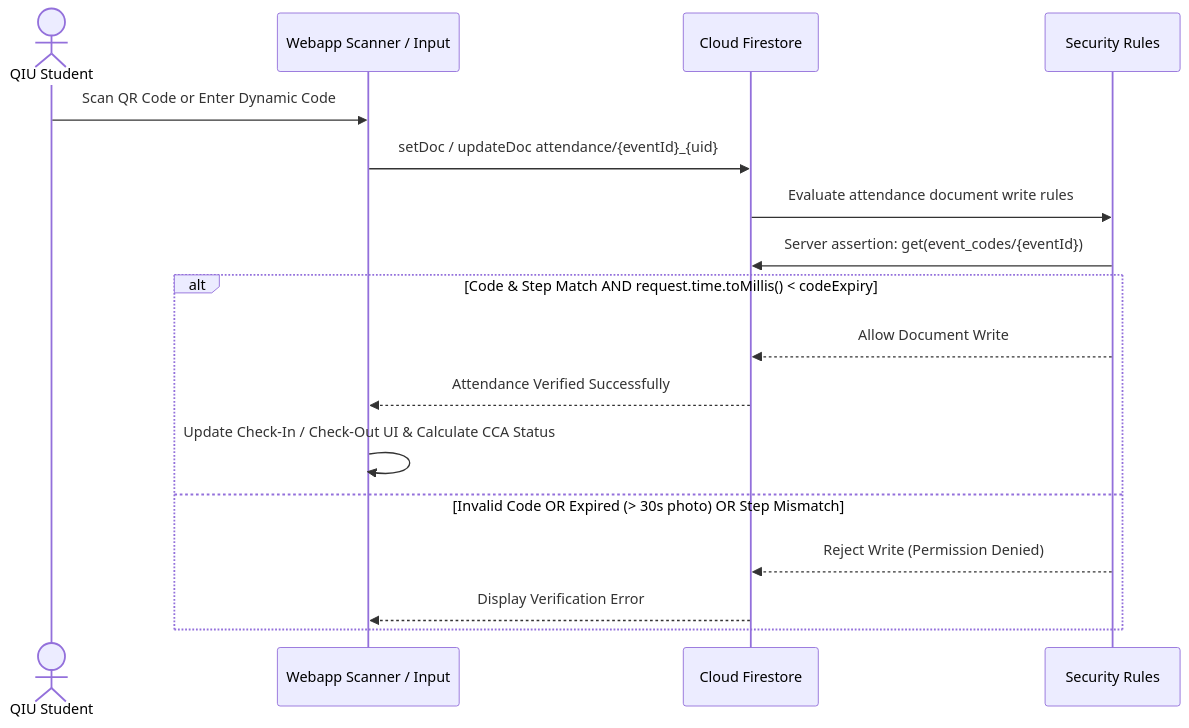
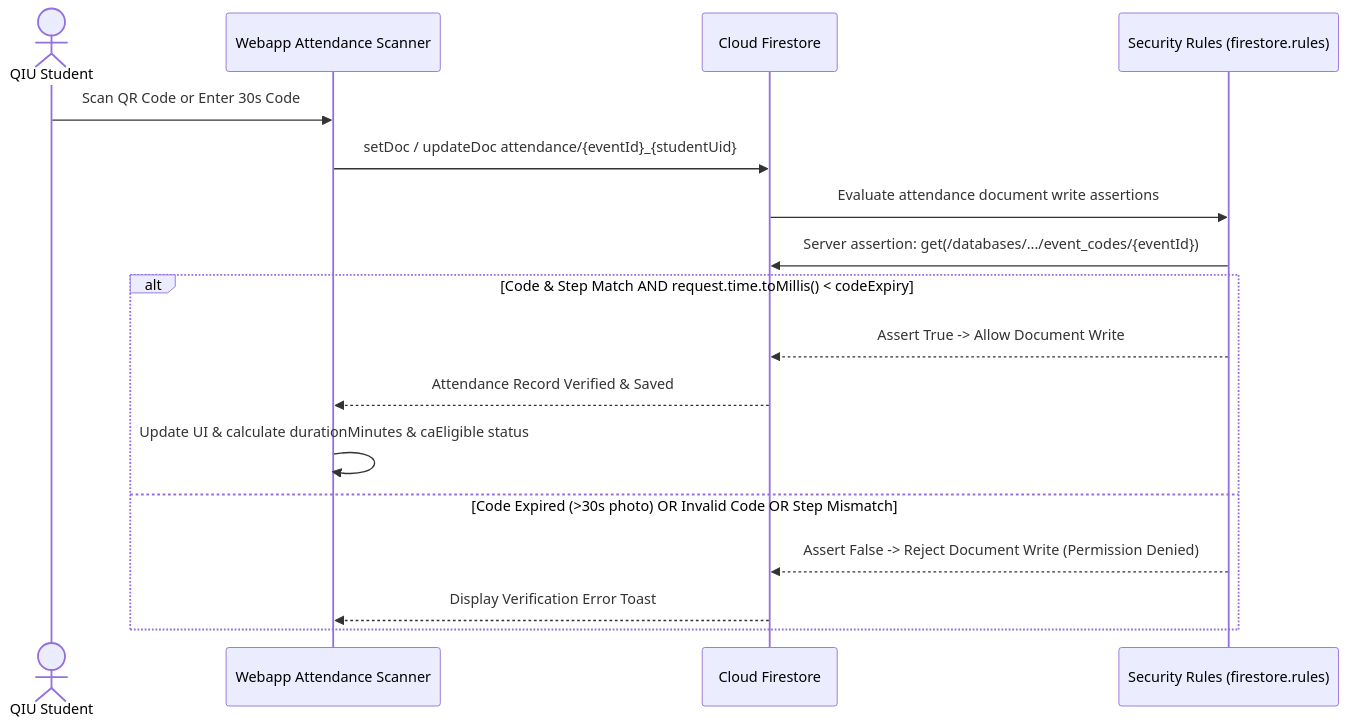
The fourth of 6 diagrams in webapp/docs/SOFTWARE_DOCUMENTATION.md (SooYM/QIU-Industry-Webapp), drawn with Mermaid before and after one commit. The commit also changed other lines of this file and 5 other files, not shown here.

````diff
--- a/webapp/docs/SOFTWARE_DOCUMENTATION.md
+++ b/webapp/docs/SOFTWARE_DOCUMENTATION.md
@@ -407,20 +218,20 @@
 ```mermaid
 sequenceDiagram
     actor Student as QIU Student
-    participant Scanner as Webapp Scanner / Input
+    participant UI as Webapp Attendance Scanner
     participant DB as Cloud Firestore
-    participant Rules as Security Rules
+    participant Rules as Security Rules (firestore.rules)
 
-    Student->>Scanner: Scan QR Code or Enter Dynamic Code
-    Scanner->>DB: setDoc / updateDoc attendance/{eventId}_{uid}
-    DB->>Rules: Evaluate attendance document write rules
-    Rules->>DB: Server assertion: get(event_codes/{eventId})
+    Student->>UI: Scan QR Code or Enter 30s Code
+    UI->>DB: setDoc / updateDoc attendance/{eventId}_{studentUid}
+    DB->>Rules: Evaluate attendance document write assertions
+    Rules->>DB: Server assertion: get(/databases/.../event_codes/{eventId})
     alt Code & Step Match AND request.time.toMillis() < codeExpiry
-        Rules-->>DB: Allow Document Write
-        DB-->>Scanner: Attendance Verified Successfully
-        Scanner->>Scanner: Update Check-In / Check-Out UI & Calculate CCA Status
-    else Invalid Code OR Expired (> 30s photo) OR Step Mismatch
-        Rules-->>DB: Reject Write (Permission Denied)
-        DB-->>Scanner: Display Verification Error
+        Rules-->>DB: Assert True -> Allow Document Write
+        DB-->>UI: Attendance Record Verified & Saved
+        UI->>UI: Update UI & calculate durationMinutes & caEligible status
+    else Code Expired (>30s photo) OR Invalid Code OR Step Mismatch
+        Rules-->>DB: Assert False -> Reject Document Write (Permission Denied)
+        DB-->>UI: Display Verification Error Toast
     end
 ```
````
